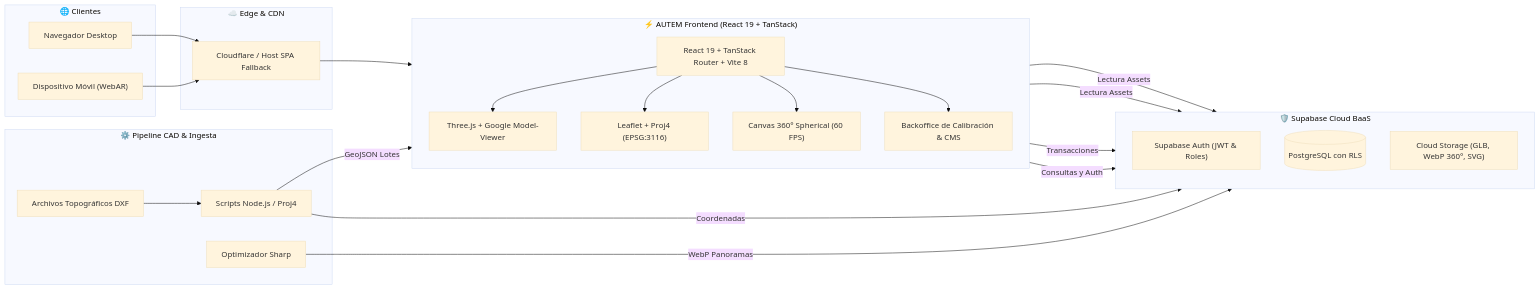
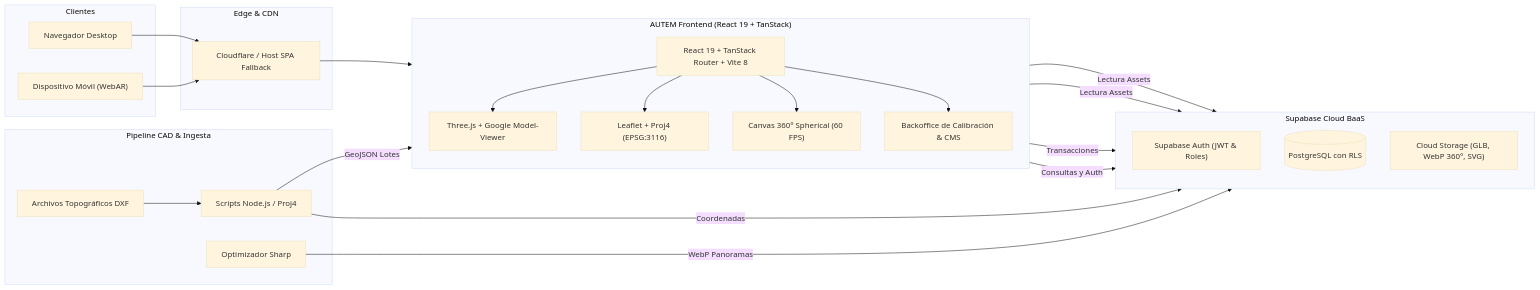
One commit to Naiker12/AUTEM changed the diagram in README.md. Above: the diagram before and after it, drawn with Mermaid (base theme). The commit also changed other lines of this file, not shown here.

````diff
--- a/README.md
+++ b/README.md
@@ -56,44 +51,44 @@
 ```mermaid
 flowchart LR
-    subgraph Clientes["🌐 Clientes"]
+    subgraph Clientes["Clientes"]
         Desktop["Navegador Desktop"]
         Mobile["Dispositivo Móvil (WebAR)"]
     end
 
-    subgraph CDN["☁️ Edge & CDN"]
+    subgraph CDN["Edge & CDN"]
         Edge["Cloudflare / Host SPA Fallback"]
     end
 
-    subgraph Frontend["⚡ AUTEM Frontend (React 19 + TanStack)"]
+    subgraph Frontend["AUTEM Frontend (React 19 + TanStack)"]
         direction TB
         Core["React 19 + TanStack Router + Vite 8"]
         Engine3D["Three.js + Google Model-Viewer"]
         EngineGIS["Leaflet + Proj4 (EPSG:3116)"]
         Engine360["Canvas 360° Spherical (60 FPS)"]
         Admin["Backoffice de Calibración & CMS"]
     end
 
-    subgraph Backend["🛡️ Supabase Cloud BaaS"]
+    subgraph Backend["Supabase Cloud BaaS"]
         direction TB
         Auth["Supabase Auth (JWT & Roles)"]
         DB[("PostgreSQL con RLS")]
         Storage["Cloud Storage (GLB, WebP 360°, SVG)"]
     end
 
-    subgraph Pipeline["⚙️ Pipeline CAD & Ingesta"]
+    subgraph Pipeline["Pipeline CAD & Ingesta"]
         CAD["Archivos Topográficos DXF"]
         Scripts["Scripts Node.js / Proj4"]
         Sharp["Optimizador Sharp"]
     end
 
     Desktop & Mobile --> Edge
     Edge --> Core
     Core --> Engine3D & EngineGIS & Engine360 & Admin
     Core -->|Consultas y Auth| Auth
     Core -->|Transacciones| DB
     Engine360 & Engine3D -->|Lectura Assets| Storage
     CAD --> Scripts
     Scripts -->|GeoJSON Lotes| EngineGIS
     Scripts -->|Coordenadas| DB
     Sharp -->|WebP Panoramas| Storage
 ```
````
